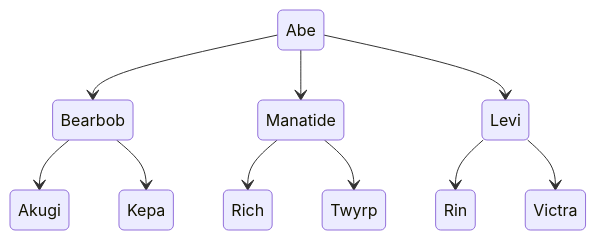
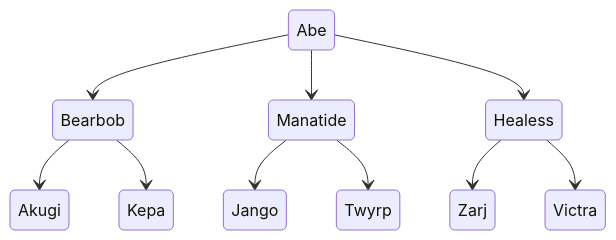
One commit to leemWF/READMEVault changed the fifth of 11 diagrams in wepulled/swp/README.md. Above: the diagram before and after it, drawn with Mermaid. The commit also changed other lines of this file, not shown here.

````diff
--- a/wepulled/swp/README.md
+++ b/wepulled/swp/README.md
@@ -109,23 +107,23 @@
 ```mermaid
 stateDiagram-v2
     t1: Abe
     h1: Bearbob
     h2: Manatide
-    h3: Levi
+    h3: Healess
     r1: Akugi
     r2: Kepa
-    r3: Rich
+    r3: Jango
     r4: Twyrp
-    r5: Rin
+    r5: Zarj
     r6: Victra
 
     t1 --> h1
     t1 --> h2
     t1 --> h3
     h1 --> r1
     h1 --> r2
     h2 --> r3
     h2 --> r4
     h3 --> r5
     h3 --> r6
 ```
````
